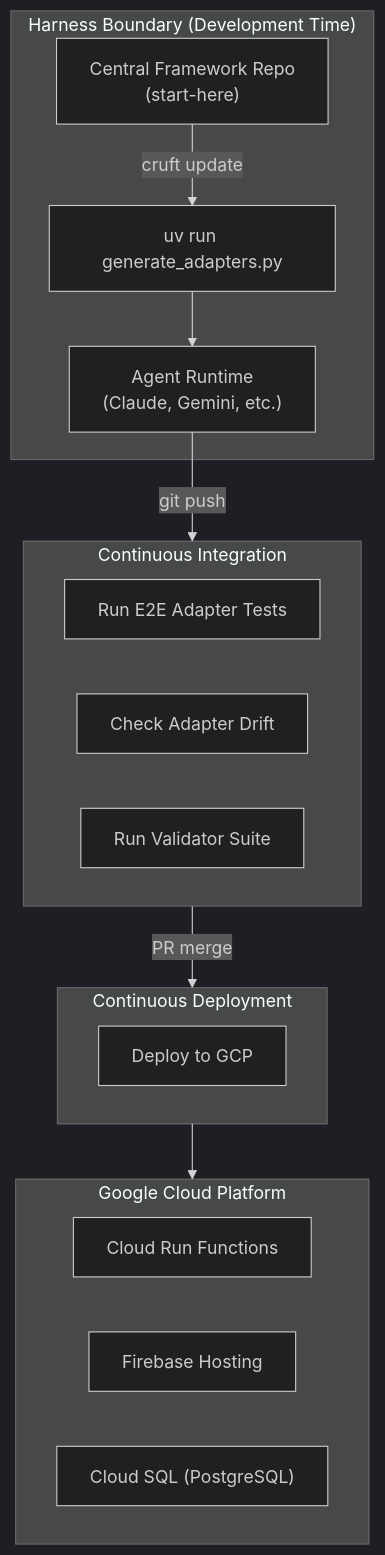
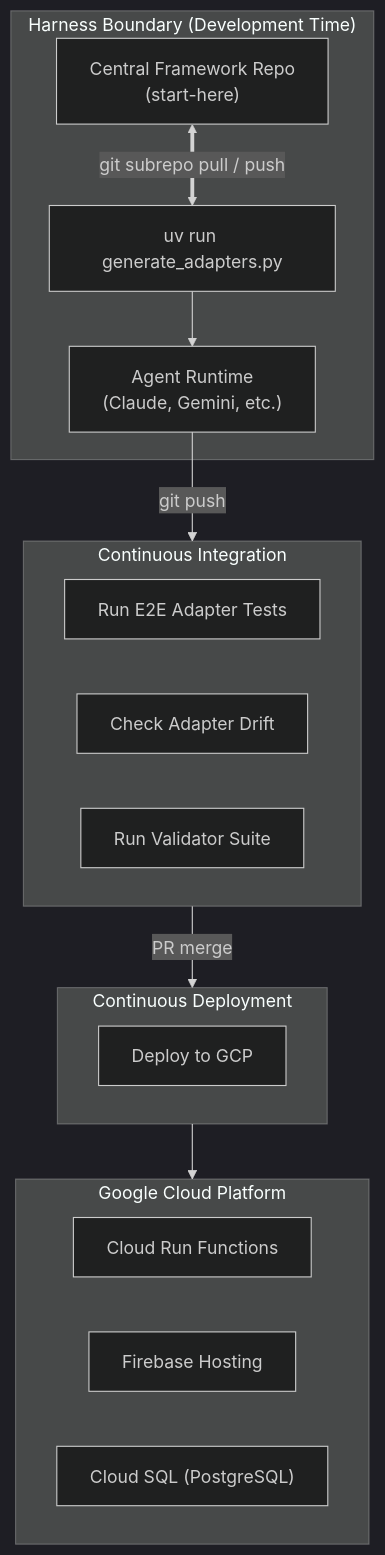
The third of 3 diagrams in artefacts/architecture/architecture.md (Schmoiger/start-here), drawn with Mermaid (dark theme) before and after one commit. The commit also changed other lines of this file and 4 other files, not shown here.

Commit message:
feat(subrepo): configure git-subrepo distribution and bi-directional sync for standards

````diff
--- a/artefacts/architecture/architecture.md
+++ b/artefacts/architecture/architecture.md
@@ -277,30 +277,30 @@
 ```mermaid
 flowchart TB
     subgraph HarnessBoundary["Harness Boundary (Development Time)"]
         Upstream["Central Framework Repo\n(start-here)"]
         LocalRun["uv run generate_adapters.py"]
         AgentRuntime["Agent Runtime\n(Claude, Gemini, etc.)"]
     end
 
     subgraph CI["Continuous Integration"]
         Test["Run E2E Adapter Tests"]
         Drift["Check Adapter Drift"]
         Validate["Run Validator Suite"]
     end
 
     subgraph CD["Continuous Deployment"]
         Deploy["Deploy to GCP"]
     end
 
     subgraph GCP["Google Cloud Platform"]
         CloudRun["Cloud Run Functions"]
         Firebase["Firebase Hosting"]
         CloudSQL["Cloud SQL (PostgreSQL)"]
     end
 
-    Upstream -->|cruft update| LocalRun
+    Upstream <==>|git subrepo pull / push| LocalRun
     LocalRun --> AgentRuntime
     AgentRuntime -->|git push| CI
     CI -->|PR merge| CD
     CD --> GCP
 ```
````
